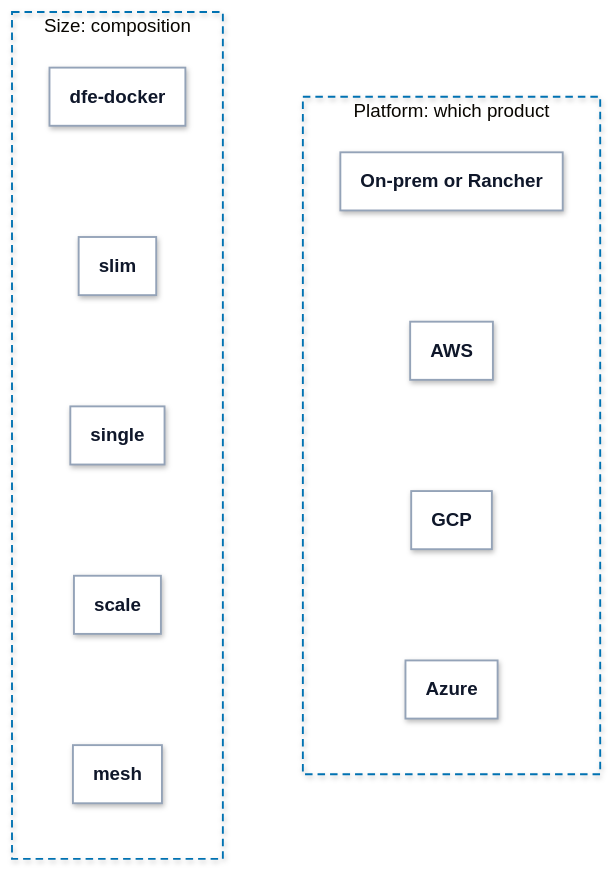
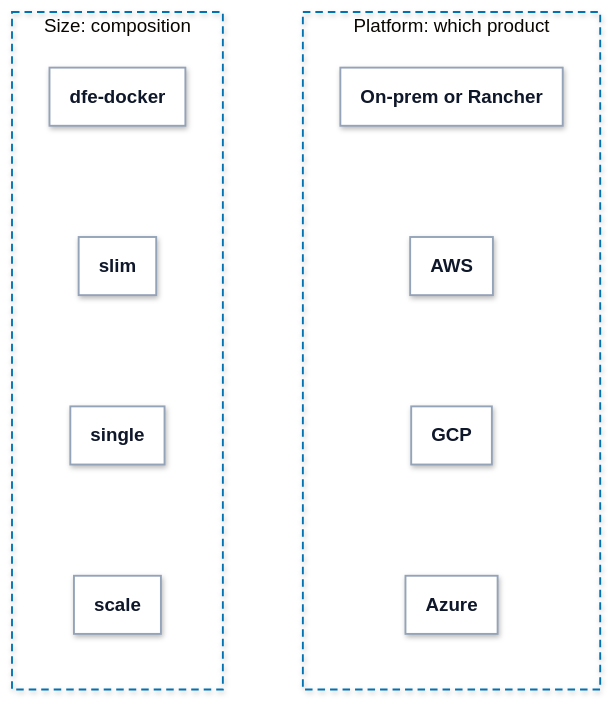
The second of 4 diagrams in docs/deployment/backing-services.md (hyperi-io/dfe-engine), drawn with Mermaid before and after one commit. The commit also changed other lines of this file and 7 other files, not shown here.

````diff
--- a/docs/deployment/backing-services.md
+++ b/docs/deployment/backing-services.md
@@ -116,74 +116,74 @@
 ```mermaid
 ---
 config:
   theme: base
   look: neo
   fontFamily: Inter, -apple-system, Segoe UI, Roboto, Helvetica, Arial, sans-serif
   flowchart:
     curve: linear
     nodeSpacing: 40
     rankSpacing: 64
     padding: 18
     wrappingWidth: 280
     htmlLabels: true
   elk:
     preset: modelOrder
   themeVariables:
     fontSize: 15px
     lineColor: "#64748B"
     primaryTextColor: "#0F172A"
     clusterBorder: "#0072B2"
     edgeLabelBackground: "#FFFFFF"
   themeCSS: >-
     p{margin:0}
     .node[data-look] rect,.node[data-look] path,.node[data-look] polygon,.node[data-look] .outer-path{filter:drop-shadow(0 1px 2px rgba(15,23,42,.10)) drop-shadow(0 6px 14px rgba(15,23,42,.10))}
     .node rect{rx:10px;ry:10px}
     .cluster rect{rx:16px;ry:16px}
     .node .label div{min-width:150px}
     .node.decision .label div{min-width:0}
     .cluster[data-look] rect{filter:none}
     .nodeLabel{line-height:1.35}
     .nodeLabel b{font-weight:600;font-size:15px;letter-spacing:-0.01em}
     .nodeLabel span{font-size:12.5px;font-weight:400;color:#334155}
     .cluster-label span.nodeLabel{display:inline-block;background:#FFFFFF;color:#0B2A3F;border:1.5px solid #0072B2;border-radius:999px;padding:2px 12px;font-size:11.5px;font-weight:700;letter-spacing:.09em;text-transform:uppercase}
     .flowchart-link{stroke-width:1.75px}
     .labelBkg{background:transparent!important}
     span.edgeLabel{display:inline-block;background:#FFFFFF!important;color:#1E293B;border:1px solid #94A3B8;border-radius:999px;padding:2px 10px;font-size:12px;font-weight:500}
     span.edgeLabel p{background:transparent!important}
     .label-icon{width:20px;height:20px;vertical-align:-4px;margin-right:6px}
     .ingest .label-icon{color:#0E8A7D}
     .xform .label-icon{color:#7B4FB0}
     .load .label-icon{color:#0072B2}
     .bus .label-icon{color:#A8517F}
     .store .label-icon{color:#00785A}
     .ui .label-icon{color:#D9480F}
     .ext .label-icon{color:#64748B}
 ---
 flowchart LR
   accTitle: L4 Detail -- Size and platform axes
-  accDescr: Size runs from dfe-docker through slim, single and scale to mesh and sets the composition. Platform runs on-prem, AWS, GCP and Azure and sets which product fills each backing service.
+  accDescr: Size runs from dfe-docker through slim and single to scale and sets the composition. Platform runs on-prem, AWS, GCP and Azure and sets which product fills each backing service.
 
   subgraph size["Size: composition"]
     direction TB
-    docker["<b>dfe-docker</b>"] ~~~ slim["<b>slim</b>"] ~~~ single["<b>single</b>"] ~~~ scale["<b>scale</b>"] ~~~ mesh["<b>mesh</b>"]
+    docker["<b>dfe-docker</b>"] ~~~ slim["<b>slim</b>"] ~~~ single["<b>single</b>"] ~~~ scale["<b>scale</b>"]
   end
   subgraph platform["Platform: which product"]
     direction TB
     onprem["<b>On-prem or Rancher</b>"] ~~~ aws["<b>AWS</b>"] ~~~ gcp["<b>GCP</b>"] ~~~ azure["<b>Azure</b>"]
   end
   size ~~~ platform
-  class docker,slim,single,scale,mesh,onprem,aws,gcp,azure part
+  class docker,slim,single,scale,onprem,aws,gcp,azure part
   classDef ext fill:#F4F6F8,stroke:#94A3B8,stroke-width:1.5px,stroke-dasharray:5 4,color:#0F172A
   classDef ingest fill:#FFFFFF,stroke:#0E8A7D,stroke-width:3px,color:#0F172A
   classDef xform fill:#FFFFFF,stroke:#7B4FB0,stroke-width:3px,color:#0F172A
   classDef load fill:#FFFFFF,stroke:#0072B2,stroke-width:3px,color:#0F172A
   classDef bus fill:#FFFFFF,stroke:#A8517F,stroke-width:3px,color:#0F172A
   classDef store fill:#FFFFFF,stroke:#00785A,stroke-width:3px,color:#0F172A
   classDef ui fill:#FFFFFF,stroke:#D9480F,stroke-width:3px,color:#0F172A
   classDef decision fill:#FFFFFF,stroke:#9A6700,stroke-width:3px,color:#0F172A
   classDef error fill:#FFFFFF,stroke:#C2410C,stroke-width:3px,color:#0F172A
   classDef control fill:#FFFFFF,stroke:#334155,stroke-width:3px,color:#0F172A
   classDef part fill:#FFFFFF,stroke:#94A3B8,stroke-width:1.5px,color:#0F172A
   style size fill:none,stroke:#0072B2,stroke-width:1.5px,stroke-dasharray:6 4
   style platform fill:none,stroke:#0072B2,stroke-width:1.5px,stroke-dasharray:6 4
 ```
````
